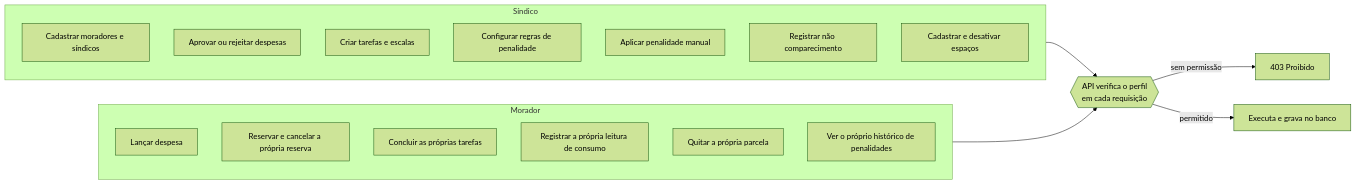
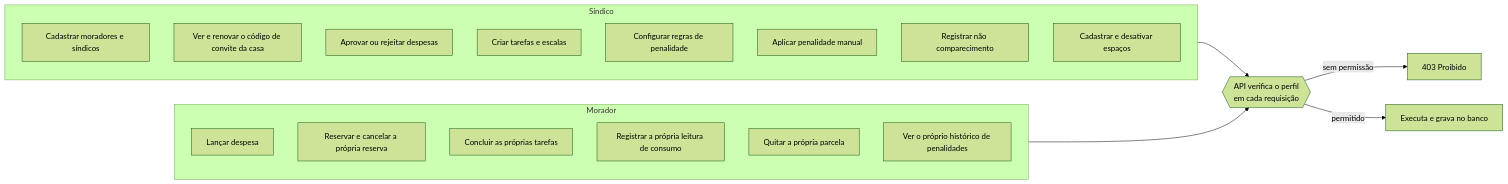
The third of 6 diagrams in docs/fluxograma.md (Coifmannn/HomeLive), drawn with Mermaid (forest theme) before and after one commit. The commit also changed other lines of this file and 19 other files, not shown here.

````diff
--- a/docs/fluxograma.md
+++ b/docs/fluxograma.md
@@ -36,25 +63,26 @@
 ```mermaid
 flowchart LR
     subgraph Sindico[Síndico]
         S1[Cadastrar moradores e síndicos]
+        S8[Ver e renovar o código de convite da casa]
         S2[Aprovar ou rejeitar despesas]
         S3[Criar tarefas e escalas]
         S4[Configurar regras de penalidade]
         S5[Aplicar penalidade manual]
         S6[Registrar não comparecimento]
         S7[Cadastrar e desativar espaços]
     end
     subgraph Morador[Morador]
         M1[Lançar despesa]
         M2[Reservar e cancelar a própria reserva]
         M3[Concluir as próprias tarefas]
         M4[Registrar a própria leitura de consumo]
         M5[Quitar a própria parcela]
         M6[Ver o próprio histórico de penalidades]
     end
     API{{API verifica o perfil<br/>em cada requisição}}
     Sindico --> API
     Morador --> API
     API -- sem permissão --> E403[403 Proibido]
     API -- permitido --> OK[Executa e grava no banco]
 ```
````
